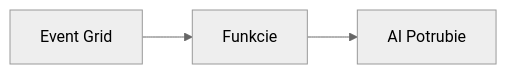
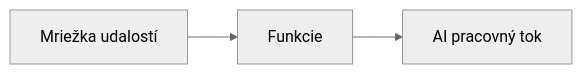
Before and after one commit to microsoft/AZD-for-beginners: the second of 2 diagrams in translations/sk/docs/chapter-08-production/README.md, drawn with Mermaid (neutral theme). The commit also changed other lines of this file and 104 other files, not shown here.

````diff
--- a/translations/sk/docs/chapter-08-production/README.md
+++ b/translations/sk/docs/chapter-08-production/README.md
@@ -56,4 +57,4 @@
 ```mermaid
 graph LR
-    EventGrid[Event Grid] --> Functions[Funkcie] --> Pipeline[AI Potrubie]
+    EventGrid[Mriežka udalostí] --> Functions[Funkcie] --> Pipeline[AI pracovný tok]
 ```
````
